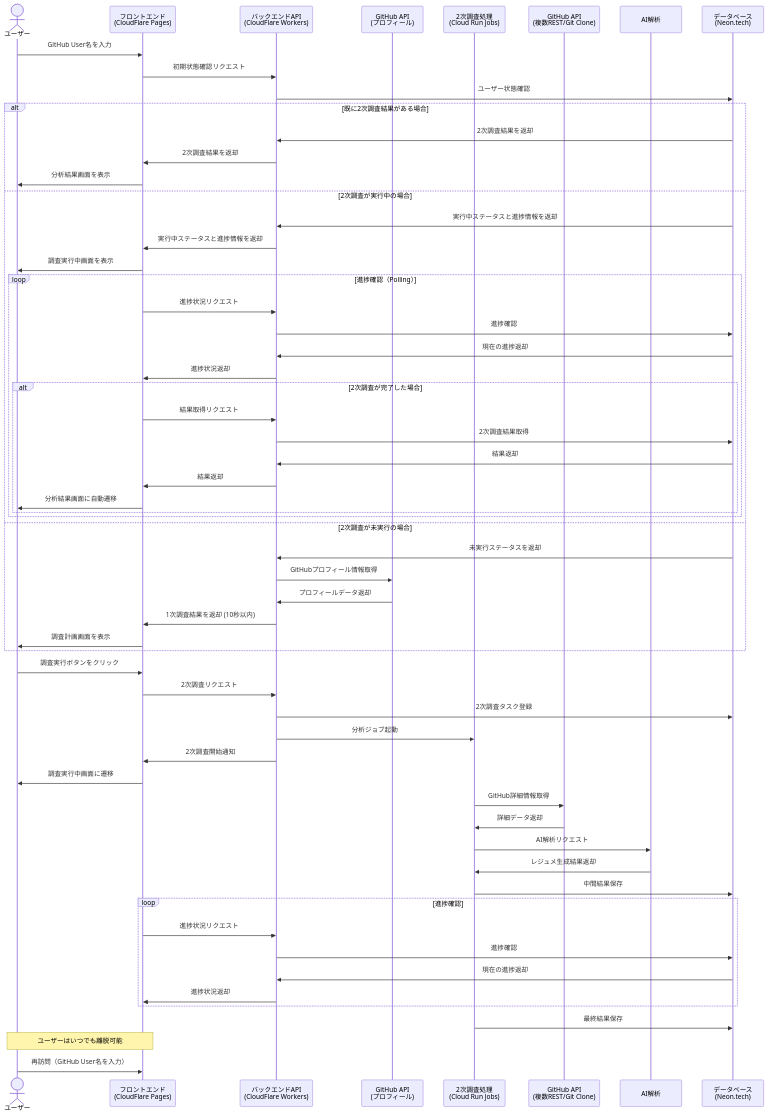
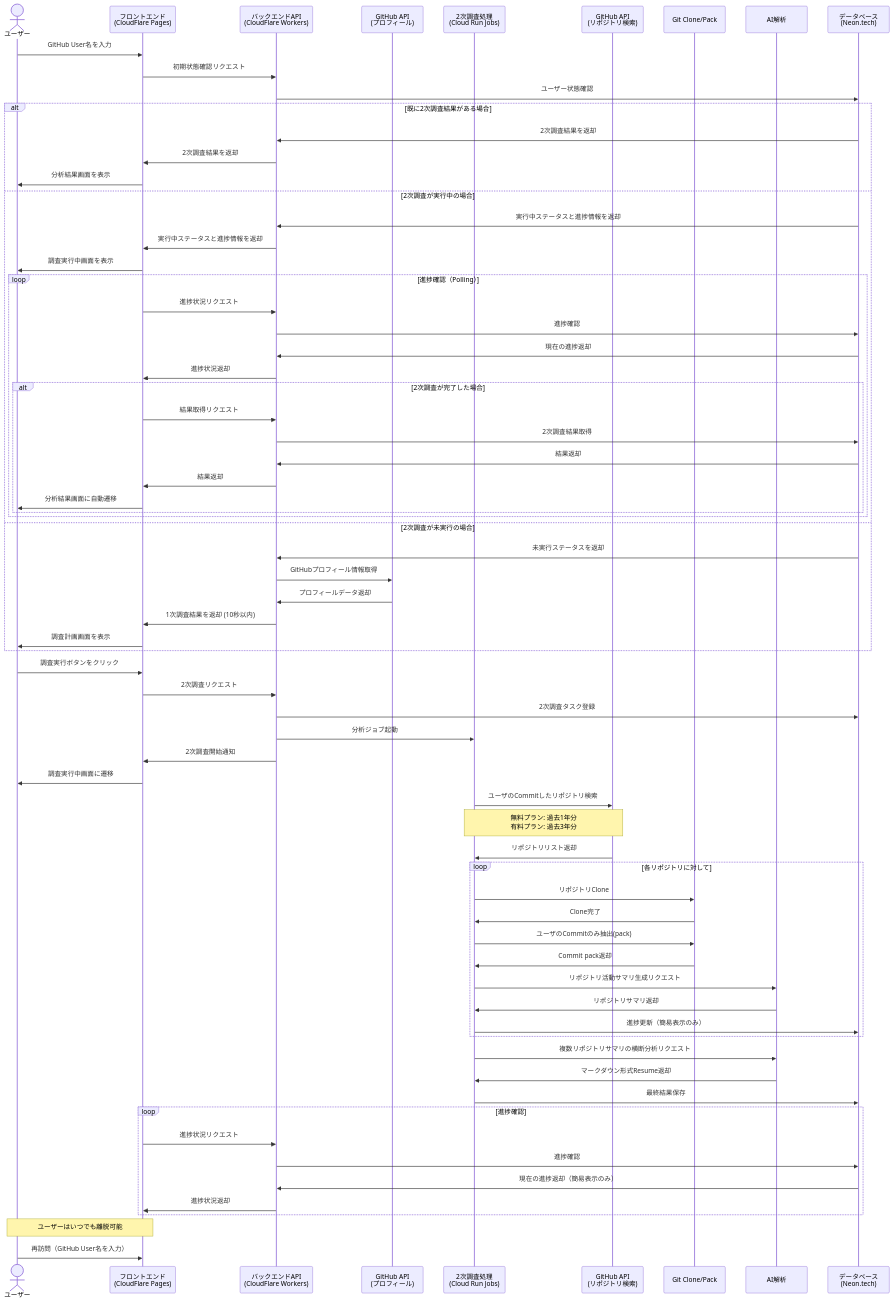
The diagram in docs/epic/deep-research-architecture-and-design/README.md (ToyB0x/git-resume), drawn with Mermaid before and after one commit. The commit also changed other lines of this file and 1 other file, not shown here.

```diff
--- a/docs/epic/deep-research-architecture-and-design/README.md
+++ b/docs/epic/deep-research-architecture-and-design/README.md
@@ -99,7 +117,8 @@
     participant BE as バックエンドAPI<br>(CloudFlare Workers)
     participant GH1 as GitHub API<br>(プロフィール)
     participant Job as 2次調査処理<br>(Cloud Run Jobs)
-    participant GH2 as GitHub API<br>(複数REST/Git Clone)
+    participant GH2 as GitHub API<br>(リポジトリ検索)
+    participant Git as Git Clone/Pack
     participant AI as AI解析
     participant DB as データベース<br>(Neon.tech)
     
@@ -150,22 +169,32 @@
     BE->>FE: 2次調査開始通知
     FE->>User: 調査実行中画面に遷移
     
-    %% バックグラウンド処理
-    Job->>GH2: GitHub詳細情報取得
-    GH2->>Job: 詳細データ返却
-    Job->>AI: AI解析リクエスト
-    AI->>Job: レジュメ生成結果返却
-    Job->>DB: 中間結果保存
+    %% バックグラウンド処理（詳細なステップ）
+    Job->>GH2: ユーザのCommitしたリポジトリ検索
+    Note over Job,GH2: 無料プラン: 過去1年分<br>有料プラン: 過去3年分
+    GH2->>Job: リポジトリリスト返却
+    
+    loop 各リポジトリに対して
+        Job->>Git: リポジトリClone
+        Git->>Job: Clone完了
+        Job->>Git: ユーザのCommitのみ抽出(pack)
+        Git->>Job: Commit pack返却
+        Job->>AI: リポジトリ活動サマリ生成リクエスト
+        AI->>Job: リポジトリサマリ返却
+        Job->>DB: 進捗更新（簡易表示のみ）
+    end
+    
+    Job->>AI: 複数リポジトリサマリの横断分析リクエスト
+    AI->>Job: マークダウン形式Resume返却
+    Job->>DB: 最終結果保存
     
     %% 進捗確認（Polling）
     loop 進捗確認
         FE->>BE: 進捗状況リクエスト
         BE->>DB: 進捗確認
-        DB->>BE: 現在の進捗返却
+        DB->>BE: 現在の進捗返却（簡易表示のみ）
         BE->>FE: 進捗状況返却
     end
-    
-    Job->>DB: 最終結果保存
     
     %% ユーザーの離脱と再訪問
     Note over User,FE: ユーザーはいつでも離脱可能
```
